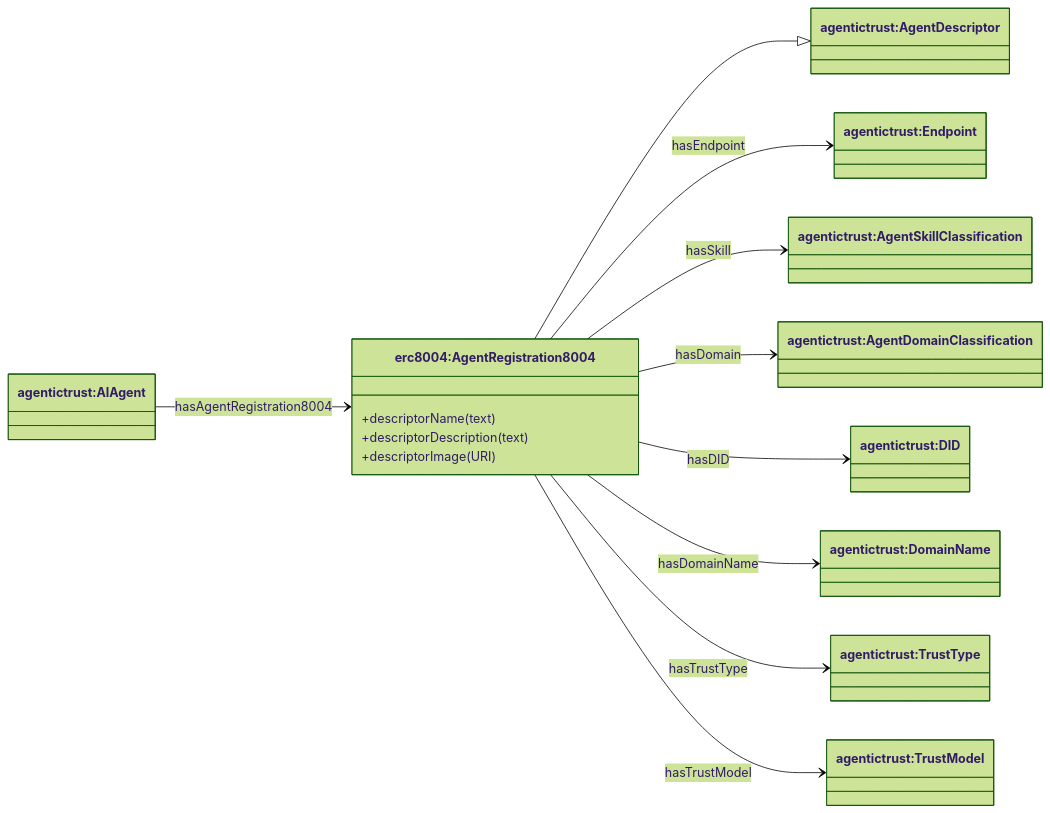
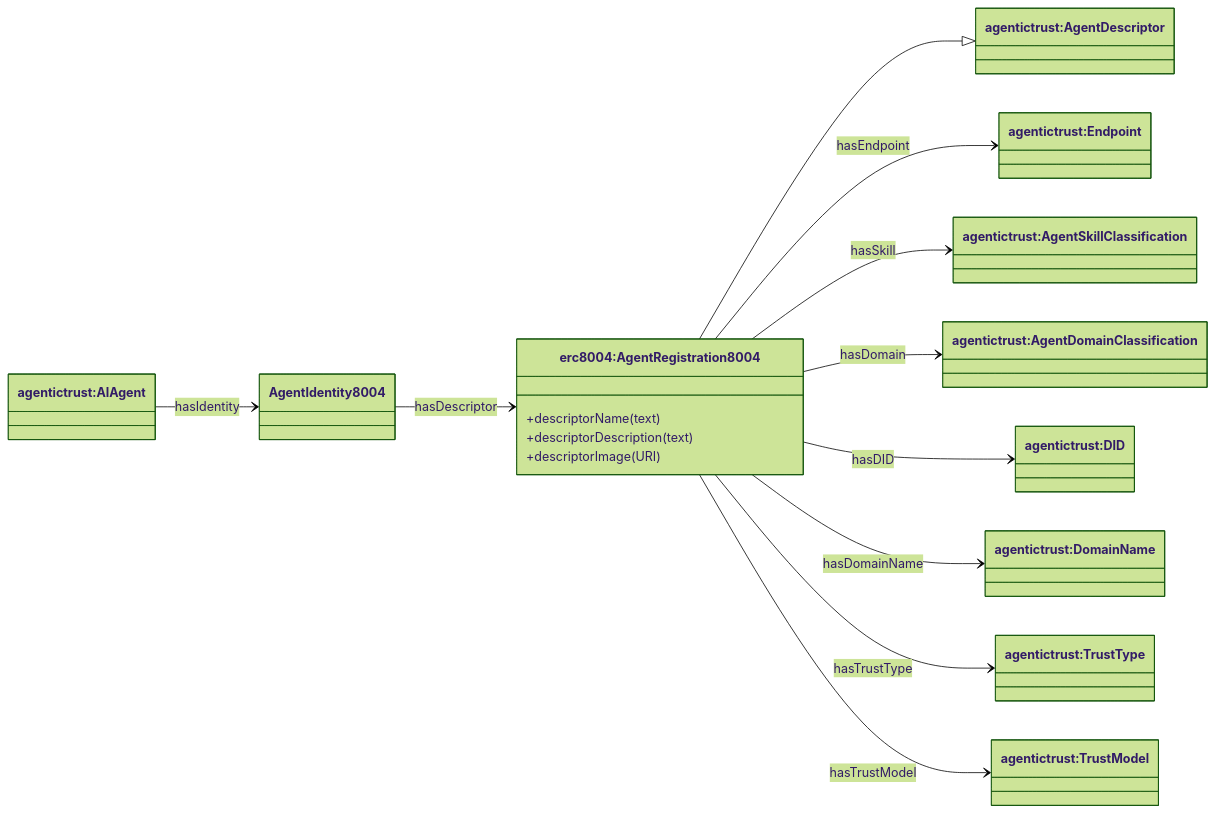
One commit to Agentic-Trust-Layer/agent-explorer changed the first of 3 diagrams in docs/ontology/erc8004.md. Above: the diagram before and after it, drawn with Mermaid (forest theme). The commit also changed 4 other files, not shown here.

````diff
--- a/docs/ontology/erc8004.md
+++ b/docs/ontology/erc8004.md
@@ -33,29 +33,30 @@
 ```mermaid
 classDiagram
 direction LR
 
 class AIAgent["agentictrust:AIAgent"]
 class AgentDescriptor["agentictrust:AgentDescriptor"]
 class AgentRegistration8004["erc8004:AgentRegistration8004"]
 class Endpoint["agentictrust:Endpoint"]
 class AgentSkillClassification["agentictrust:AgentSkillClassification"]
 class AgentDomainClassification["agentictrust:AgentDomainClassification"]
 class DID["agentictrust:DID"]
 class DomainName["agentictrust:DomainName"]
 class TrustType["agentictrust:TrustType"]
 class TrustModel["agentictrust:TrustModel"]
 
 AgentRegistration8004 --|> AgentDescriptor
 
-AIAgent --> AgentRegistration8004 : hasAgentRegistration8004
+AIAgent --> AgentIdentity8004 : hasIdentity
+AgentIdentity8004 --> AgentRegistration8004 : hasDescriptor
 AgentRegistration8004 --> Endpoint : hasEndpoint
 AgentRegistration8004 --> AgentSkillClassification : hasSkill
 AgentRegistration8004 --> AgentDomainClassification : hasDomain
 AgentRegistration8004 --> DID : hasDID
 AgentRegistration8004 --> DomainName : hasDomainName
 AgentRegistration8004 --> TrustType : hasTrustType
 AgentRegistration8004 --> TrustModel : hasTrustModel
 AgentRegistration8004 : +descriptorName (text)
 AgentRegistration8004 : +descriptorDescription (text)
 AgentRegistration8004 : +descriptorImage (URI)
 ```
````
